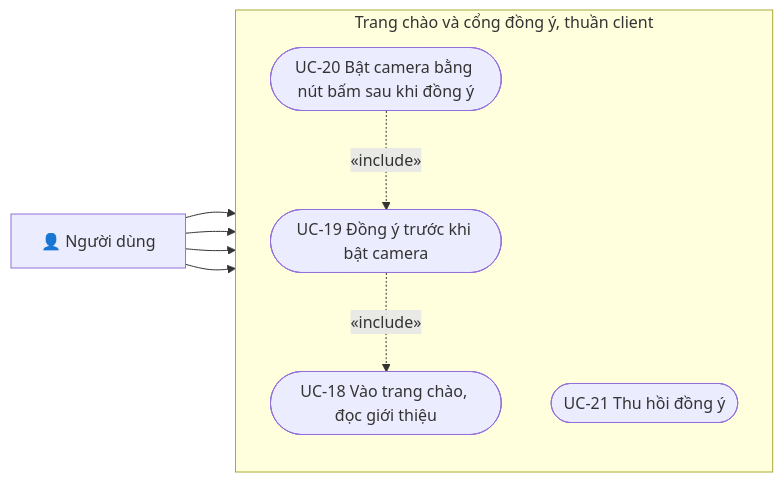
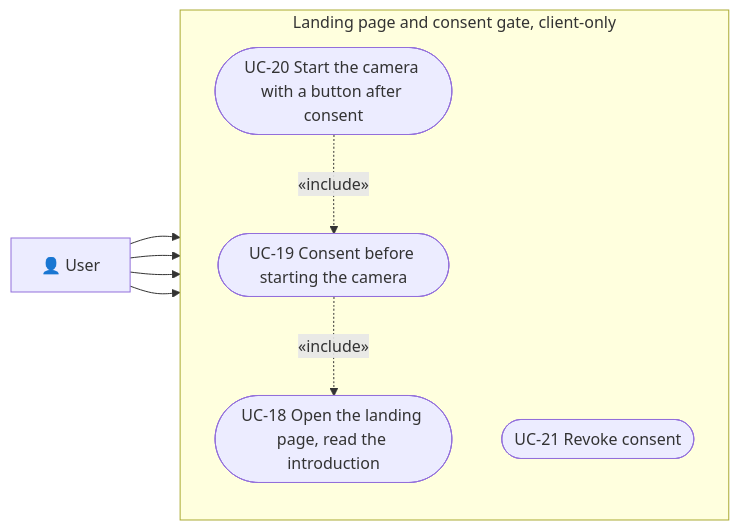
Before and after one commit to Lorah101204/Finger_And_Face_Tracking: diagram 17 of 18 in docs/WORK-BREAKDOWN.md, drawn with Mermaid. The commit also changed other lines of this file and 35 other files, not shown here.

````diff
--- a/docs/WORK-BREAKDOWN.md
+++ b/docs/WORK-BREAKDOWN.md
@@ -756,17 +756,17 @@
 ```mermaid
 flowchart LR
-  VIS["👤 Người dùng"]
-  subgraph WEB["Trang chào và cổng đồng ý, thuần client"]
+  VIS["👤 User"]
+  subgraph WEB["Landing page and consent gate, client-only"]
     direction TB
-    UC18(["UC-18 Vào trang chào, đọc giới thiệu"])
-    UC19(["UC-19 Đồng ý trước khi bật camera"])
-    UC20(["UC-20 Bật camera bằng nút bấm sau khi đồng ý"])
-    UC21(["UC-21 Thu hồi đồng ý"])
+    UC18(["UC-18 Open the landing page, read the introduction"])
+    UC19(["UC-19 Consent before starting the camera"])
+    UC20(["UC-20 Start the camera with a button after consent"])
+    UC21(["UC-21 Revoke consent"])
   end
   VIS --> UC18
   VIS --> UC19
   VIS --> UC20
   VIS --> UC21
   UC19 -. «include» .-> UC18
   UC20 -. «include» .-> UC19
 ```
````
